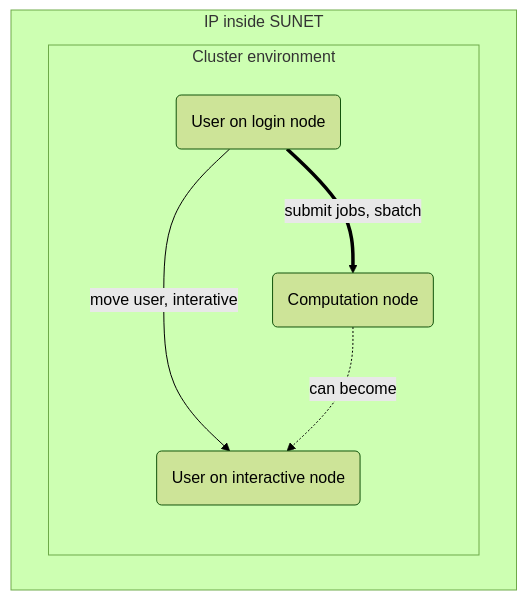
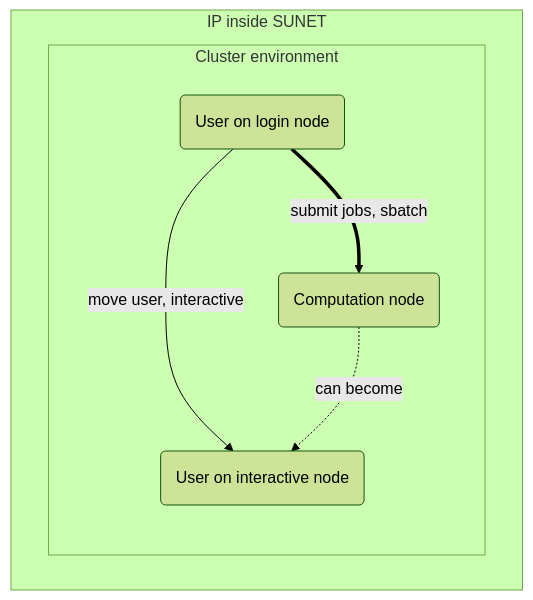
The diagram in docs/cluster_guides/slurm.md (UPPMAX/UPPMAX-documentation), drawn with Mermaid (forest theme) before and after one commit. The commit also changed 9 other files, not shown here.

Commit message:
Add page about login node

````diff
--- a/docs/cluster_guides/slurm.md
+++ b/docs/cluster_guides/slurm.md
@@ -41,14 +41,14 @@
 ```mermaid
 flowchart TD
   subgraph sub_inside[IP inside SUNET]
     subgraph sub_cluster_env[Cluster environment]
       login_node(User on login node)
       interactive_node(User on interactive node)
       computation_node(Computation node):::calculation_node
     end
   end
 
-  login_node --> |move user, interative|interactive_node
+  login_node --> |move user, interactive|interactive_node
   login_node ==> |submit jobs, sbatch|computation_node
   computation_node -.-> |can become| interactive_node
 ```
````
